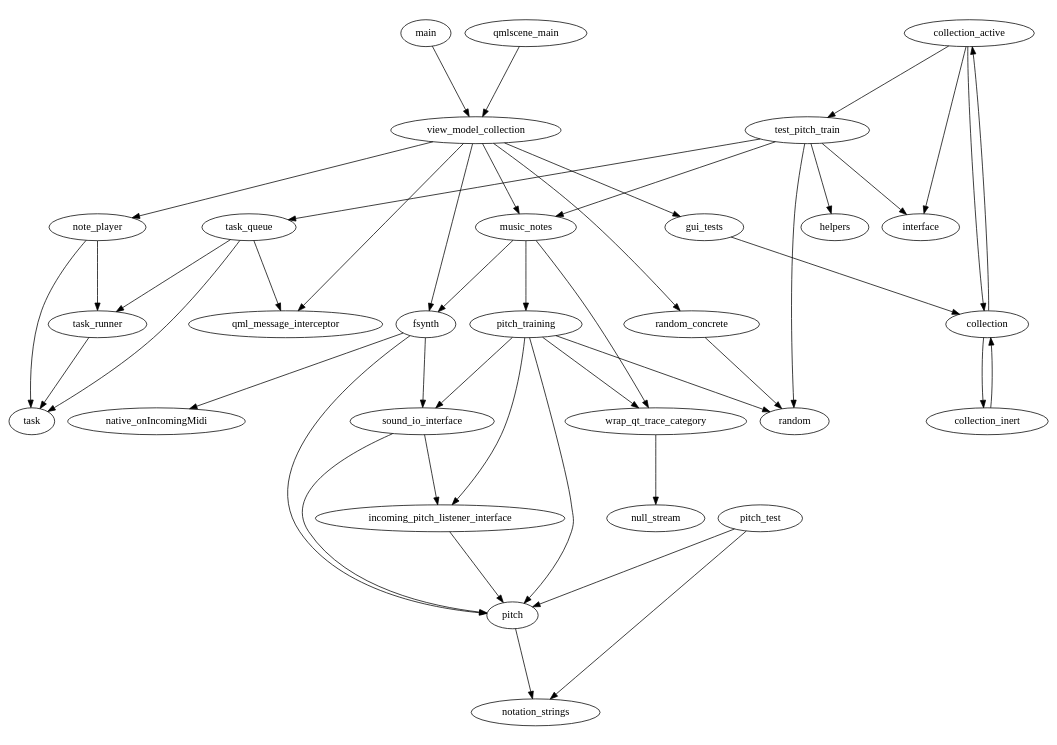
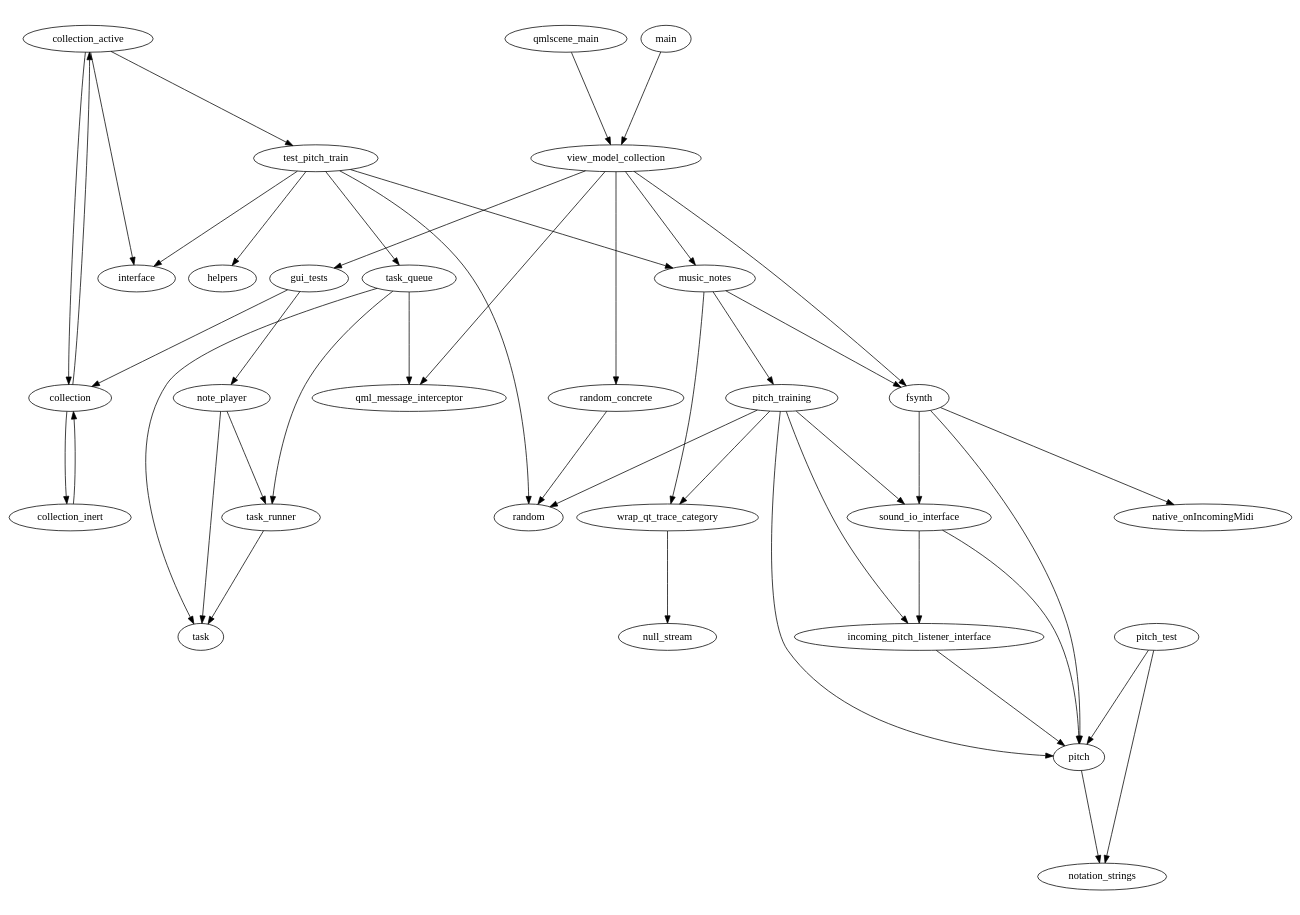
Before and after one commit to pestophagous/heory: the diagram in sw_arch_doc/all_src.dot, drawn with Graphviz. The commit also changed 8 other files, not shown here.

Commit message:
move gui_tests from app dir to apptest dir

```diff
--- a/sw_arch_doc/all_src.dot
+++ b/sw_arch_doc/all_src.dot
@@ -1,52 +1,52 @@
 digraph "source tree" {
     overlap=scale;
     ratio=0.7;
     fontsize="16";
     fontname="Helvetica";
     clusterrank="local";
 	"collection_active" -> "collection"
 	"collection_active" -> "interface"
 	"collection_active" -> "test_pitch_train"
 	"collection" -> "collection_active"
 	"collection" -> "collection_inert"
 	"collection_inert" -> "collection"
 	"fsynth" -> "native_onIncomingMidi"
 	"fsynth" -> "pitch"
 	"fsynth" -> "sound_io_interface"
 	"gui_tests" -> "collection"
+	"gui_tests" -> "note_player"
 	"incoming_pitch_listener_interface" -> "pitch"
 	"main" -> "view_model_collection"
 	"music_notes" -> "fsynth"
 	"music_notes" -> "pitch_training"
 	"music_notes" -> "wrap_qt_trace_category"
 	"note_player" -> "task"
 	"note_player" -> "task_runner"
 	"pitch" -> "notation_strings"
 	"pitch_test" -> "notation_strings"
 	"pitch_test" -> "pitch"
 	"pitch_training" -> "incoming_pitch_listener_interface"
 	"pitch_training" -> "pitch"
 	"pitch_training" -> "random"
 	"pitch_training" -> "sound_io_interface"
 	"pitch_training" -> "wrap_qt_trace_category"
 	"qmlscene_main" -> "view_model_collection"
 	"random_concrete" -> "random"
 	"sound_io_interface" -> "incoming_pitch_listener_interface"
 	"sound_io_interface" -> "pitch"
 	"task_queue" -> "qml_message_interceptor"
 	"task_queue" -> "task"
 	"task_queue" -> "task_runner"
 	"task_runner" -> "task"
 	"test_pitch_train" -> "helpers"
 	"test_pitch_train" -> "interface"
 	"test_pitch_train" -> "music_notes"
 	"test_pitch_train" -> "random"
 	"test_pitch_train" -> "task_queue"
 	"view_model_collection" -> "fsynth"
 	"view_model_collection" -> "gui_tests"
 	"view_model_collection" -> "music_notes"
-	"view_model_collection" -> "note_player"
 	"view_model_collection" -> "qml_message_interceptor"
 	"view_model_collection" -> "random_concrete"
 	"wrap_qt_trace_category" -> "null_stream"
 }
```
